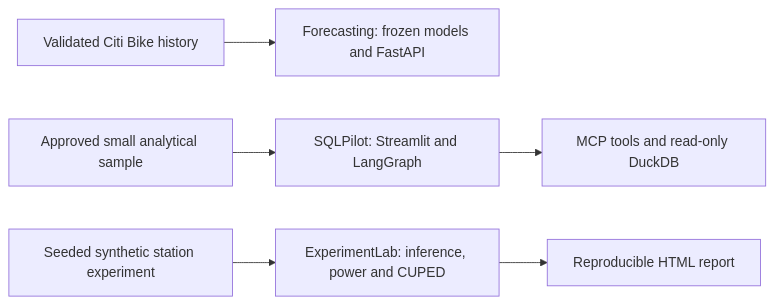
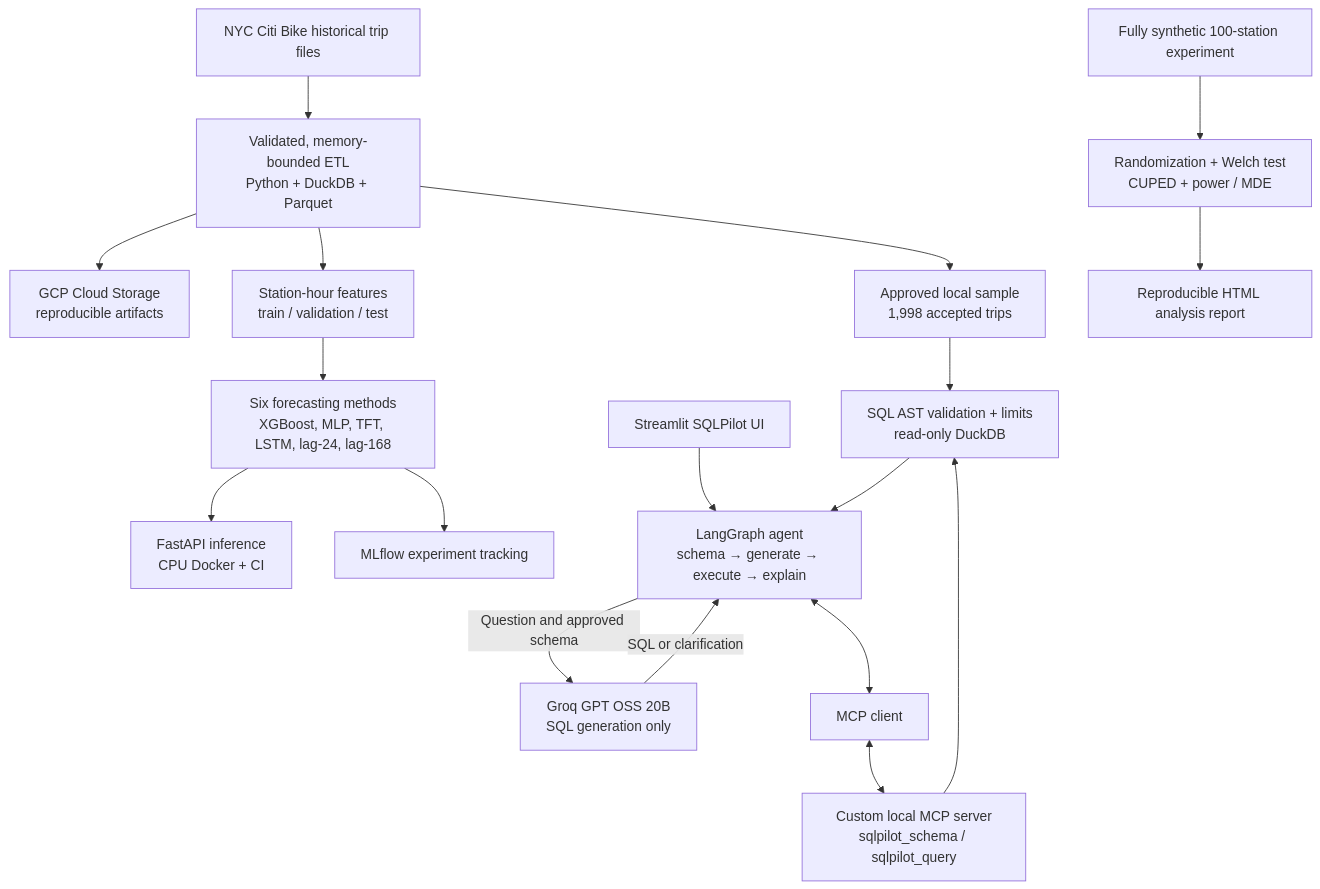
One commit to sanjeevani1193/CityPulse-AI changed the diagram in README.md. Above: the diagram before and after it, drawn with Mermaid. The commit also changed other lines of this file and 5 other files, not shown here.

````diff
--- a/README.md
+++ b/README.md
@@ -25,8 +33,22 @@
 ```mermaid
-flowchart LR
-    A[Validated Citi Bike history] --> B[Forecasting: frozen models and FastAPI]
-    C[Approved small analytical sample] --> D[SQLPilot: Streamlit and LangGraph]
-    D --> E[MCP tools and read-only DuckDB]
-    F[Seeded synthetic station experiment] --> G[ExperimentLab: inference, power and CUPED]
-    G --> H[Reproducible HTML report]
+flowchart TB
+    A[NYC Citi Bike historical trip files] --> B["Validated, memory-bounded ETL<br/>Python + DuckDB + Parquet"]
+    B --> C["GCP Cloud Storage<br/>reproducible artifacts"]
+    B --> F["Station-hour features<br/>train / validation / test"]
+    F --> M["Six forecasting methods<br/>XGBoost, MLP, TFT, LSTM, lag-24, lag-168"]
+    M --> S["FastAPI inference<br/>CPU Docker + CI"]
+    M --> T[MLflow experiment tracking]
+
+    B --> P["Approved local sample<br/>1,998 accepted trips"]
+    U[Streamlit SQLPilot UI] --> G["LangGraph agent<br/>schema → generate → execute → explain"]
+    G -->|Question and approved schema| L["Groq GPT OSS 20B<br/>SQL generation only"]
+    L -->|SQL or clarification| G
+    G <--> MC[MCP client]
+    MC <--> MS["Custom local MCP server<br/>sqlpilot_schema / sqlpilot_query"]
+    MS --> V["SQL AST validation + limits<br/>read-only DuckDB"]
+    P --> V
+    V --> G
+
+    E[Fully synthetic 100-station experiment] --> W["Randomization + Welch test<br/>CUPED + power / MDE"]
+    W --> H[Reproducible HTML analysis report]
 ```
````
